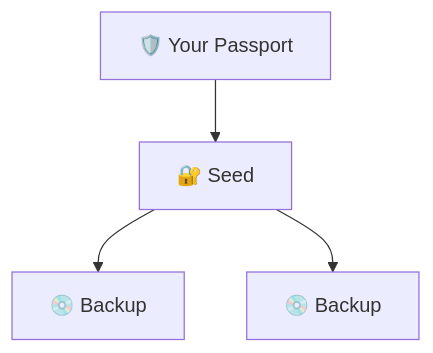
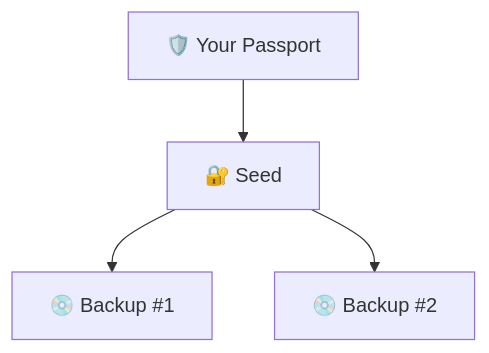
Before and after one commit to BlockchainCommons/SmartCustody: diagram 26 of 35 in Docs/Scenario-Multisig.md, drawn with Mermaid. The commit also changed other lines of this file, not shown here.

````diff
--- a/Docs/Scenario-Multisig.md
+++ b/Docs/Scenario-Multisig.md
@@ -843,11 +843,11 @@
 ```mermaid
     graph TD;
     A["🛡️ Your Passport"]
     C["🔐 Seed"]
-    D["💿 Backup"]
-    E["💿 Backup"]
+    D["💿 Backup #1"]
+    E["💿 Backup #2"]
   
     A-->C
     C-->D
     C-->E
   ```
````
